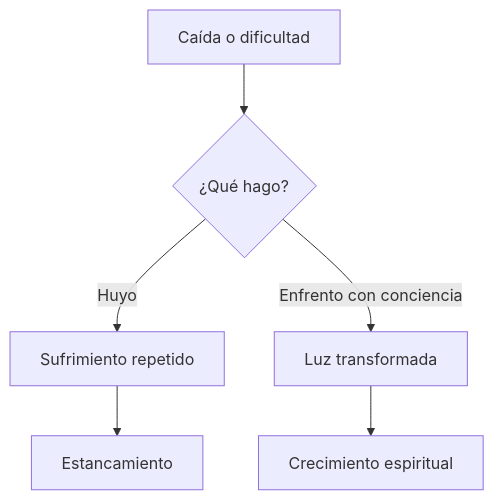
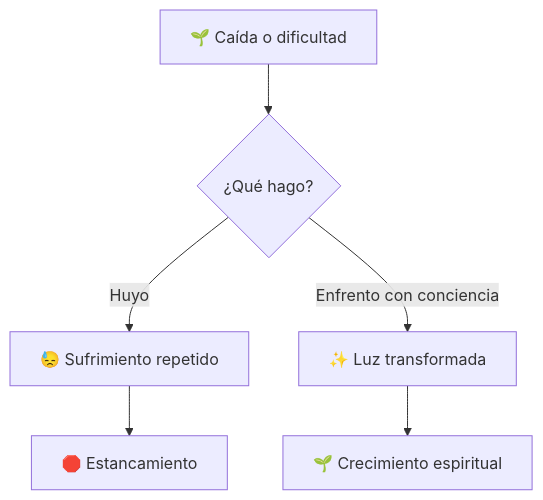
One commit to jeroroldan/jeronimo-blog changed the sixth of 7 diagrams in src/content/blog/masterclass-salmo-145-abundancia-daniel-chapan.md. Above: the diagram before and after it, drawn with Mermaid. The commit also changed other lines of this file and 1 other file, not shown here.

````diff
--- a/src/content/blog/masterclass-salmo-145-abundancia-daniel-chapan.md
+++ b/src/content/blog/masterclass-salmo-145-abundancia-daniel-chapan.md
@@ -438,8 +455,8 @@
 ```mermaid
 flowchart TD
-    A[Caída o dificultad] --> B{¿Qué hago?}
-    B -->|Huyo| C[Sufrimiento repetido]
-    B -->|Enfrento con conciencia| D[Luz transformada]
-    D --> E[Crecimiento espiritual]
-    C --> F[Estancamiento]
+    A[🌱 Caída o dificultad] --> B{¿Qué hago?}
+    B -->|Huyo| C[😓 Sufrimiento repetido]
+    B -->|Enfrento con conciencia| D[✨ Luz transformada]
+    D --> E[🌱 Crecimiento espiritual]
+    C --> F[🛑 Estancamiento]
 ```
````
